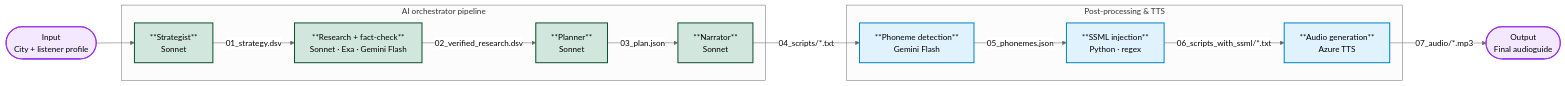
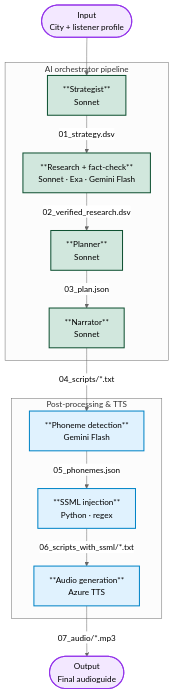
The first of 2 diagrams in readme.md (AggressiveBaguette/AIdioGuide), drawn with Mermaid (neutral theme) before and after one commit.

````diff
--- a/readme.md
+++ b/readme.md
@@ -43,32 +43,32 @@
 ```mermaid
-flowchart LR
+flowchart TD
     classDef io fill:#f3e8ff,stroke:#9333ea,stroke-width:2px
     classDef agent fill:#d1e7dd,stroke:#0f5132,stroke-width:2px
     classDef tech fill:#e0f2fe,stroke:#0284c7,stroke-width:2px
 
     Input([Input\nCity + listener profile]):::io
 
     subgraph CorePipeline [AI orchestrator pipeline]
         S["**Strategist**\nSonnet"]:::agent
         R["**Research + fact-check**\nSonnet · Exa · Gemini Flash"]:::agent
         P["**Planner**\nSonnet"]:::agent
         N["**Narrator**\nSonnet"]:::agent
     end
 
     subgraph TechnicalGeneration [Post-processing & TTS]
     Ph["**Phoneme detection**\nGemini Flash"]:::tech
     SSML["**SSML injection**\nPython · regex"]:::tech
     A["**Audio generation**\nAzure TTS"]:::tech
     end
 
     Output([Output\nFinal audioguide]):::io
 
     Input --> S
     S -->|01_strategy.dsv| R
     R -->|02_verified_research.dsv| P
     P -->|03_plan.json| N
     N -->|04_scripts/*.txt| Ph
     Ph -->|05_phonemes.json| SSML
     SSML -->|06_scripts_with_ssml/*.txt| A
     A -->|07_audio/*.mp3| Output
 ```
````
